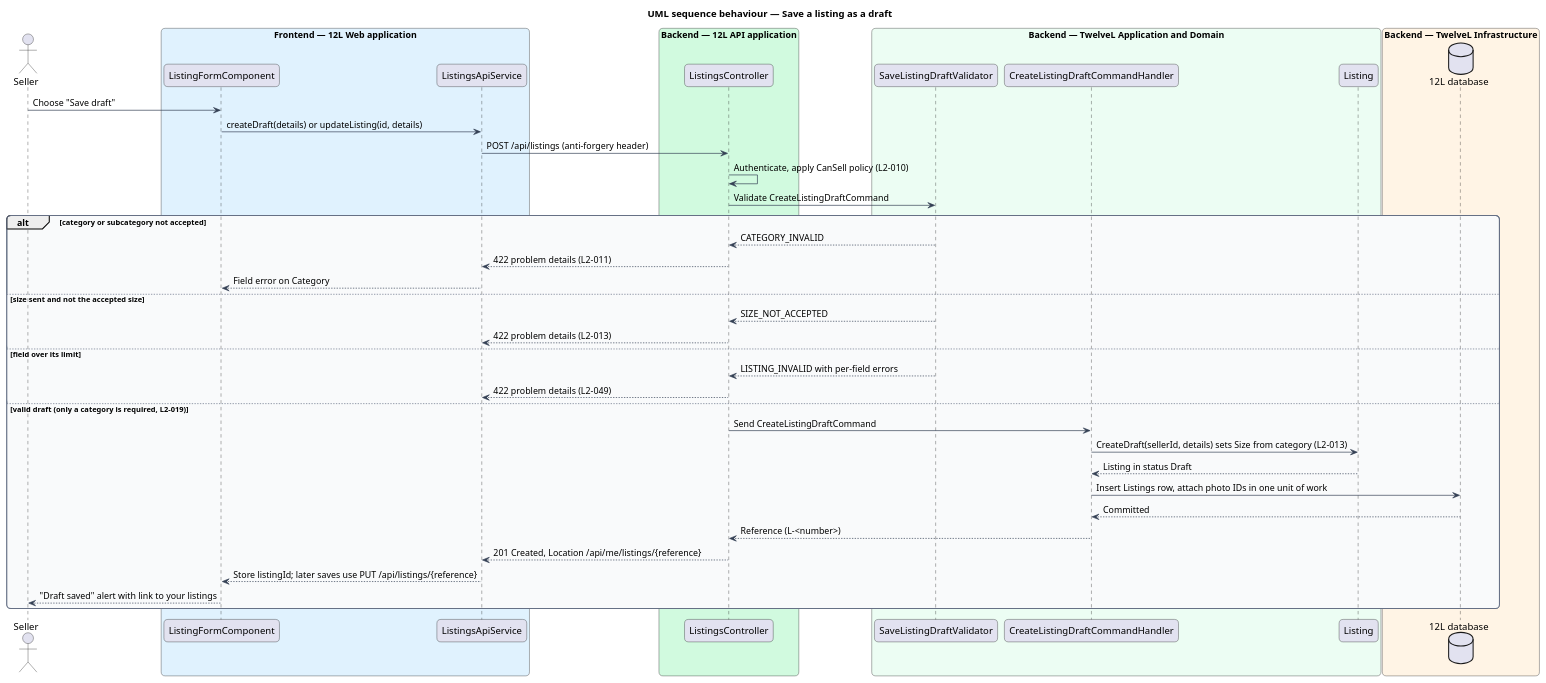
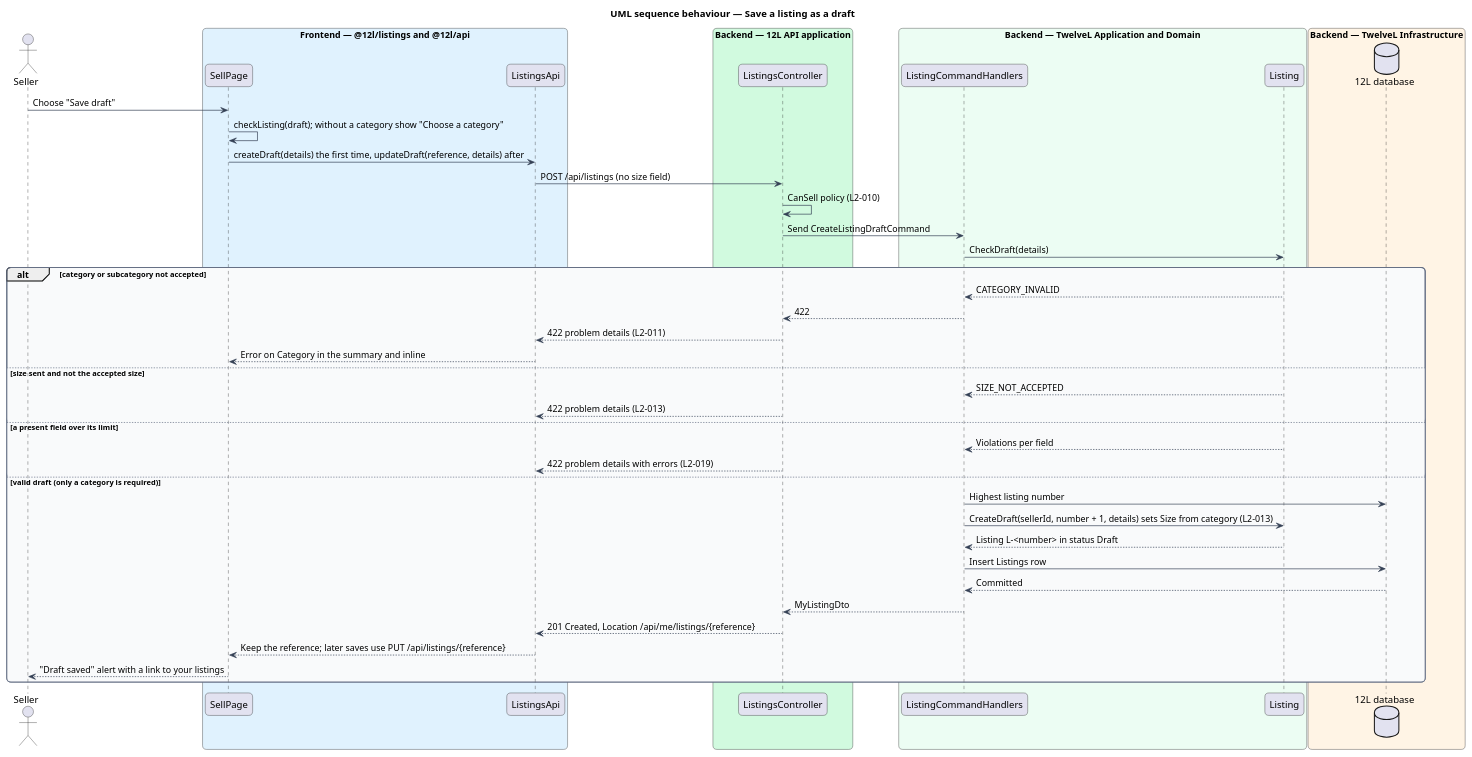
One commit to QuinntyneBrown/12l changed the diagram in docs/detailed-designs/listings/create-listing/diagrams/sequence-save-draft.puml. Above: the diagram before and after it, drawn with PlantUML. The commit also changed 89 other files, not shown here.

First line of the commit message:
Document create-listing and sign-up-and-sign-in: designs, ADRs, design system, estimates

```diff
--- a/docs/detailed-designs/listings/create-listing/diagrams/sequence-save-draft.puml
+++ b/docs/detailed-designs/listings/create-listing/diagrams/sequence-save-draft.puml
@@ -1,59 +1,61 @@
 @startuml
 title UML sequence behaviour — Save a listing as a draft
 skinparam backgroundColor #FFFFFF
 skinparam shadowing false
 skinparam roundcorner 12
 skinparam defaultFontName Arial
 skinparam ArrowColor #344054
 skinparam rectangle {
   BorderColor #344054
   FontColor #101828
 }
 skinparam package {
   BorderColor #667085
   FontColor #101828
   BackgroundColor #F9FAFB
 }
 actor "Seller" as actor
-box "Frontend — 12L Web application" #E0F2FE
-  participant "ListingFormComponent" as form
-  participant "ListingsApiService" as client
+box "Frontend — @12l/listings and @12l/api" #E0F2FE
+  participant "SellPage" as form
+  participant "ListingsApi" as client
 end box
 box "Backend — 12L API application" #D1FADF
   participant "ListingsController" as controller
 end box
 box "Backend — TwelveL Application and Domain" #ECFDF3
-  participant "SaveListingDraftValidator" as validator
-  participant "CreateListingDraftCommandHandler" as handler
+  participant "ListingCommandHandlers" as handler
   participant "Listing" as entity
 end box
 box "Backend — TwelveL Infrastructure" #FFF4E5
   database "12L database" as db
 end box
 actor -> form : Choose "Save draft"
-form -> client : createDraft(details) or updateListing(id, details)
-client -> controller : POST /api/listings (anti-forgery header)
-controller -> controller : Authenticate, apply CanSell policy (L2-010)
-controller -> validator : Validate CreateListingDraftCommand
+form -> form : checkListing(draft); without a category show "Choose a category"
+form -> client : createDraft(details) the first time, updateDraft(reference, details) after
+client -> controller : POST /api/listings (no size field)
+controller -> controller : CanSell policy (L2-010)
+controller -> handler : Send CreateListingDraftCommand
+handler -> entity : CheckDraft(details)
 alt category or subcategory not accepted
-  validator --> controller : CATEGORY_INVALID
+  entity --> handler : CATEGORY_INVALID
+  handler --> controller : 422
   controller --> client : 422 problem details (L2-011)
-  client --> form : Field error on Category
+  client --> form : Error on Category in the summary and inline
 else size sent and not the accepted size
-  validator --> controller : SIZE_NOT_ACCEPTED
+  entity --> handler : SIZE_NOT_ACCEPTED
   controller --> client : 422 problem details (L2-013)
-else field over its limit
-  validator --> controller : LISTING_INVALID with per-field errors
-  controller --> client : 422 problem details (L2-049)
-else valid draft (only a category is required, L2-019)
-  controller -> handler : Send CreateListingDraftCommand
-  handler -> entity : CreateDraft(sellerId, details) sets Size from category (L2-013)
-  entity --> handler : Listing in status Draft
-  handler -> db : Insert Listings row, attach photo IDs in one unit of work
+else a present field over its limit
+  entity --> handler : Violations per field
+  controller --> client : 422 problem details with errors (L2-019)
+else valid draft (only a category is required)
+  handler -> db : Highest listing number
+  handler -> entity : CreateDraft(sellerId, number + 1, details) sets Size from category (L2-013)
+  entity --> handler : Listing L-<number> in status Draft
+  handler -> db : Insert Listings row
   db --> handler : Committed
-  handler --> controller : Reference (L-<number>)
+  handler --> controller : MyListingDto
   controller --> client : 201 Created, Location /api/me/listings/{reference}
-  client --> form : Store listingId; later saves use PUT /api/listings/{reference}
-  form --> actor : "Draft saved" alert with link to your listings
+  client --> form : Keep the reference; later saves use PUT /api/listings/{reference}
+  form --> actor : "Draft saved" alert with a link to your listings
 end
 @enduml
```
